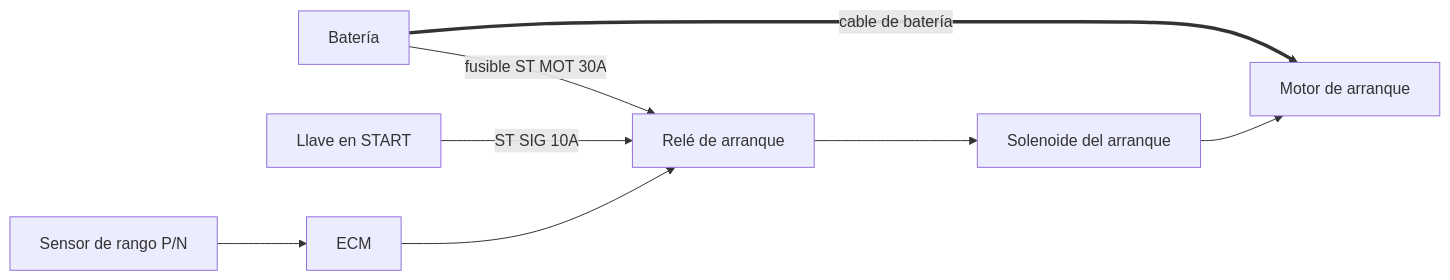
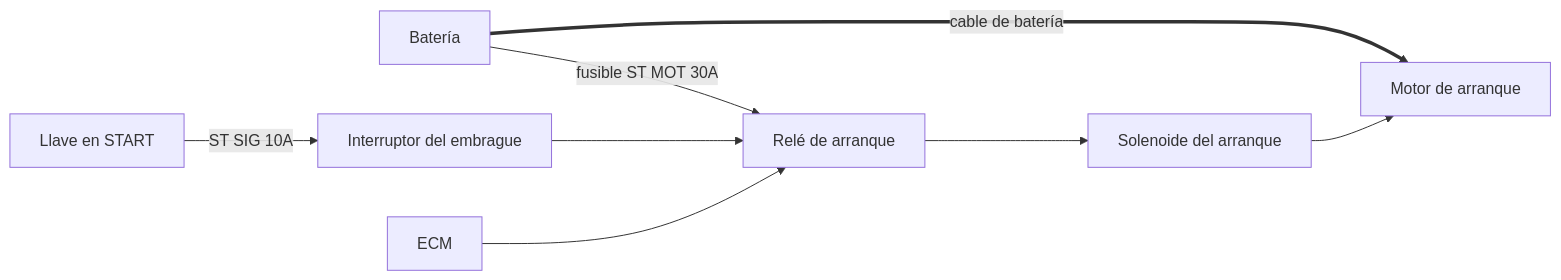
One commit to xAguhz/vaultColegio changed the diagram in vaultSuzuki/Manual de taller/Circuitos/A-1 Sistema de arranque.md. Above: the diagram before and after it, drawn with Mermaid. The commit also changed other lines of this file and 75 other files, not shown here.

````diff
--- a/vaultSuzuki/Manual de taller/Circuitos/A-1 Sistema de arranque.md
+++ b/vaultSuzuki/Manual de taller/Circuitos/A-1 Sistema de arranque.md
@@ -15,10 +15,10 @@
 ```mermaid
 flowchart LR
   B[Batería] -->|fusible ST MOT 30A| RE[Relé de arranque]
-  LL[Llave en START] -->|ST SIG 10A| RE
-  RG[Sensor de rango P/N] --> ECM[ECM]
-  ECM --> RE
+  LL[Llave en START] -->|ST SIG 10A| IE[Interruptor del embrague]
+  IE --> RE
+  ECM[ECM] --> RE
   RE --> SO[Solenoide del arranque]
   B ==>|cable de batería| MA[Motor de arranque]
   SO --> MA
 ```
````
